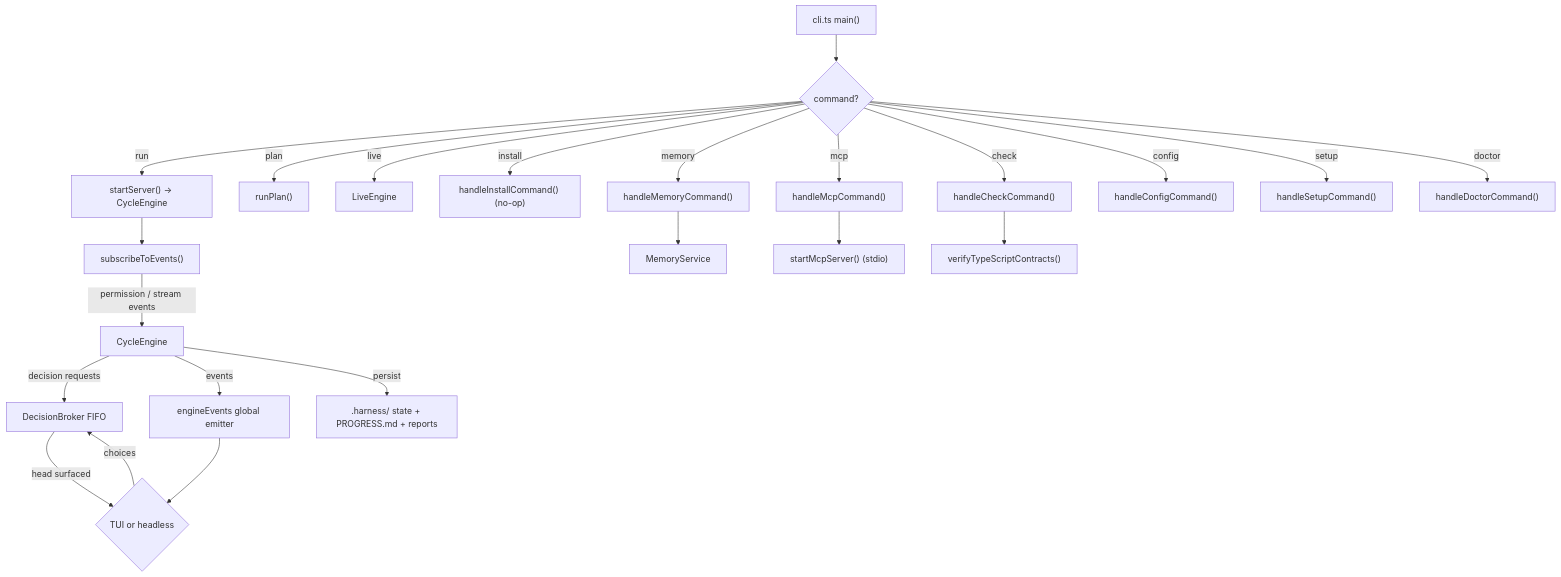
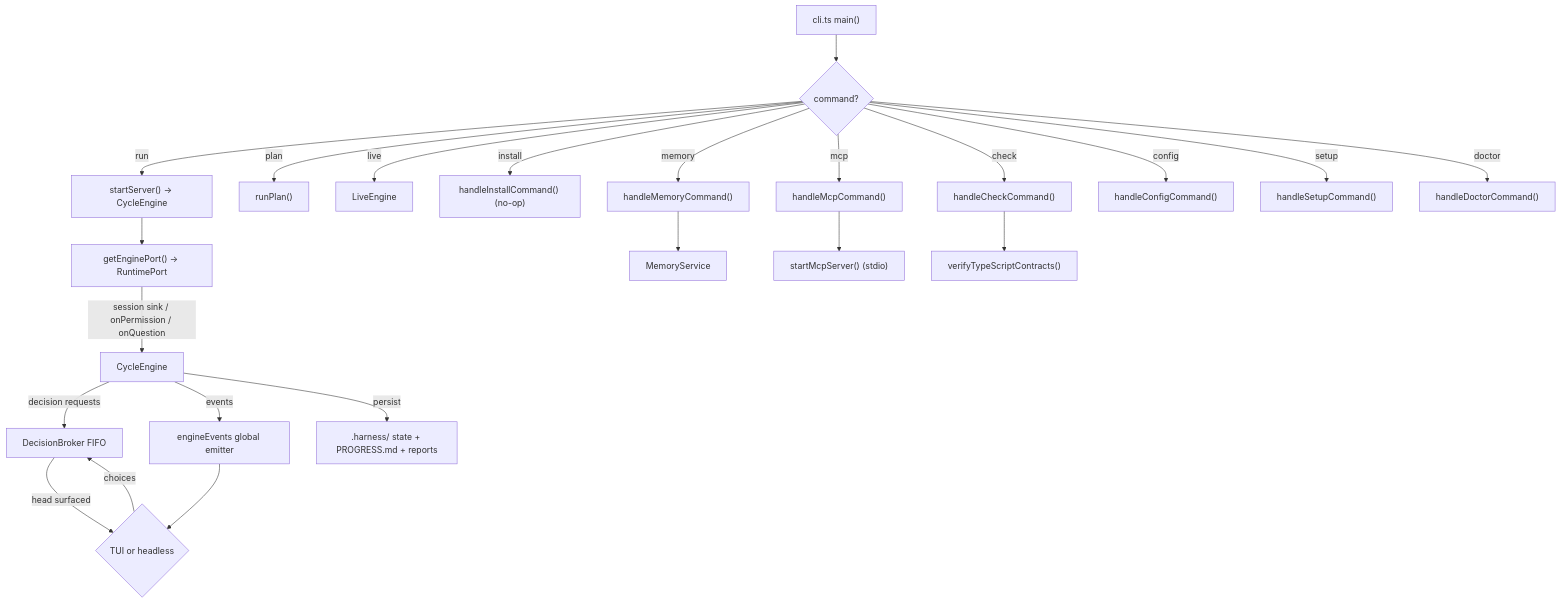
The first of 26 diagrams in DESIGN.md (dahch/huginn), drawn with Mermaid before and after one commit. The commit also changed other lines of this file and 5 other files, not shown here.

````diff
--- a/DESIGN.md
+++ b/DESIGN.md
@@ -175,27 +174,27 @@
 ```mermaid
 flowchart TD
     CLI["cli.ts main()"] --> CMD{"command?"}
     CMD -- "run" --> RUN["startServer() → CycleEngine"]
     CMD -- "plan" --> PLAN["runPlan()"]
     CMD -- "live" --> LIVE["LiveEngine"]
     CMD -- "install" --> INST["handleInstallCommand() (no-op)"]
     CMD -- "memory" --> MEM["handleMemoryCommand()"]
     CMD -- "mcp" --> MCP["handleMcpCommand()"]
     CMD -- "check" --> CHK["handleCheckCommand()"]
     CMD -- "config" --> CFG["handleConfigCommand()"]
     CMD -- "setup" --> SET["handleSetupCommand()"]
     CMD -- "doctor" --> DOC["handleDoctorCommand()"]
 
     MEM --> MS["MemoryService"]
     MCP --> SRV["startMcpServer() (stdio)"]
     CHK --> TC["verifyTypeScriptContracts()"]
 
-    RUN --> SEV["subscribeToEvents()"]
-    SEV -- permission / stream events --> CE["CycleEngine"]
+    RUN --> PORT["getEnginePort() → RuntimePort"]
+    PORT -- session sink / onPermission / onQuestion --> CE["CycleEngine"]
     CE -- decision requests --> DB["DecisionBroker FIFO"]
     DB -- head surfaced --> FE{"TUI or headless"}
     FE -- choices --> DB
     CE -- events --> EE["engineEvents global emitter"]
     EE --> FE
     CE -- persist --> HAR[".harness/ state + PROGRESS.md + reports"]
 ```
````
